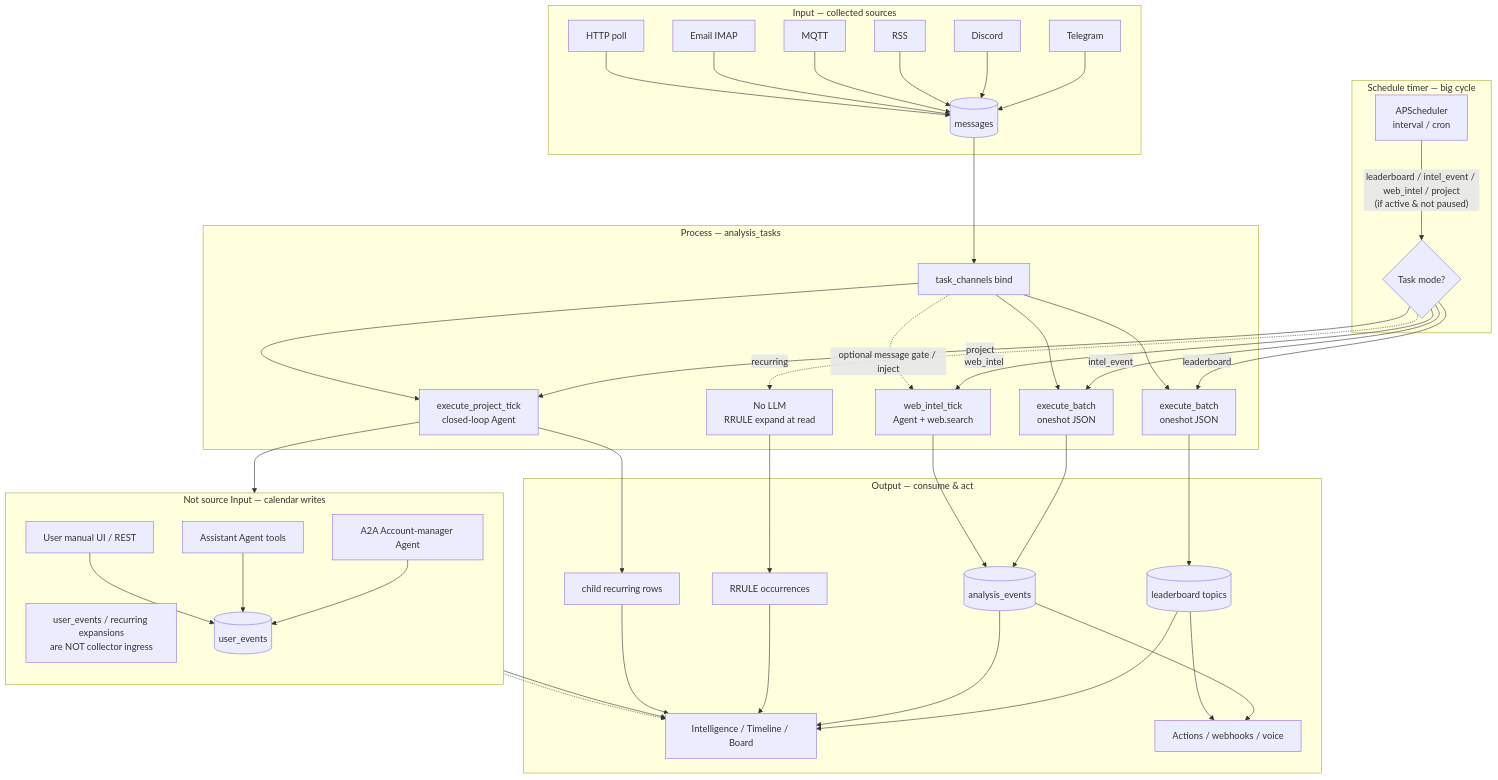
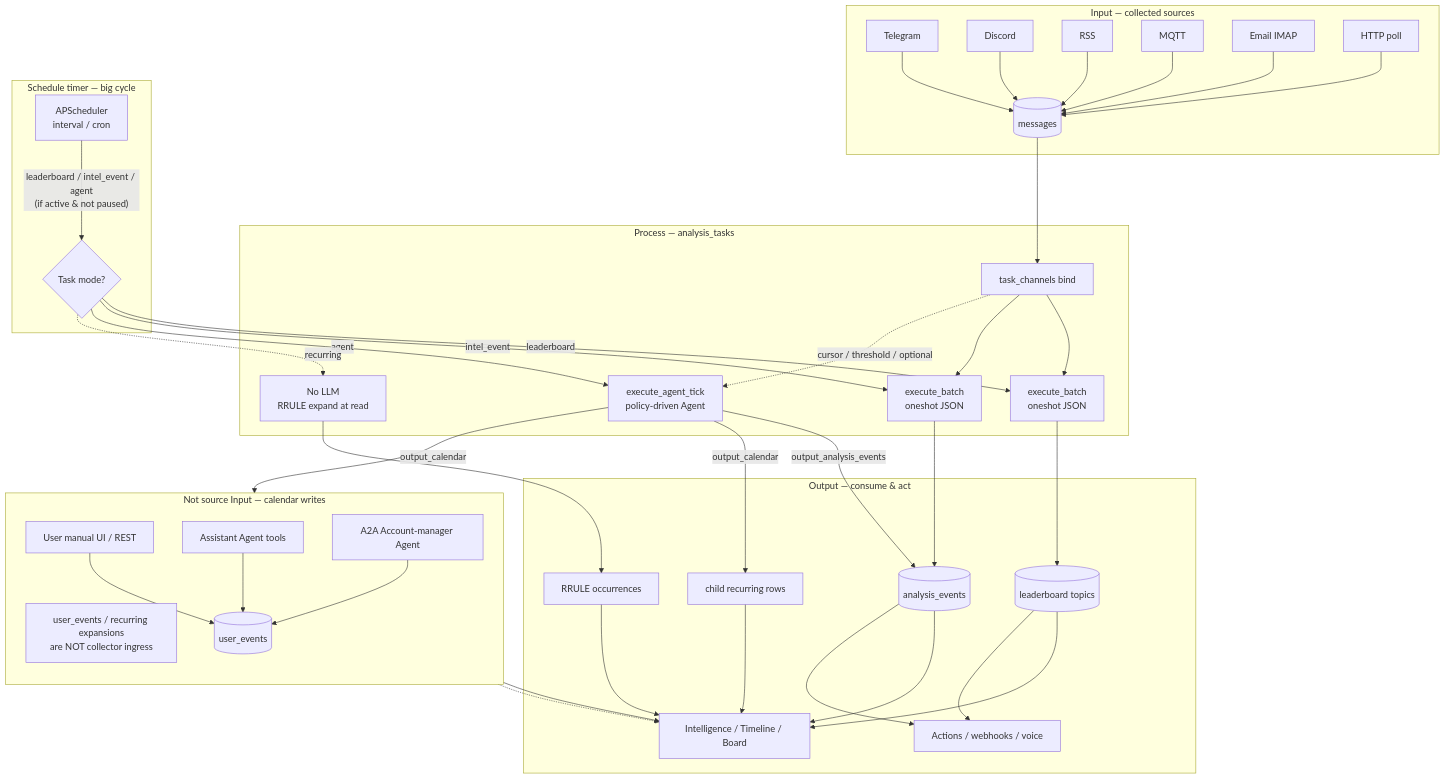
Before and after one commit to Wing9897/im: the first of 4 diagrams in docs/diagrams/README.md, drawn with Mermaid. The commit also changed other lines of this file and 236 other files, not shown here.

````diff
--- a/docs/diagrams/README.md
+++ b/docs/diagrams/README.md
@@ -9,52 +9,51 @@
 ```mermaid
 flowchart TB
   subgraph INPUT["Input — collected sources"]
     TG[Telegram]
     DC[Discord]
     RSS[RSS]
     MQTT[MQTT]
     EM[Email IMAP]
     HTTP[HTTP poll]
     TG & DC & RSS & MQTT & EM & HTTP --> MSG[(messages)]
   end
 
   subgraph SIDE["Not source Input — calendar writes"]
     direction TB
     NOTE["user_events / recurring expansions<br/>are NOT collector ingress"]
     MAN[User manual UI / REST]
     AST[Assistant Agent tools]
     A2A[A2A Account-manager Agent]
     MAN & AST & A2A --> UE[(user_events)]
   end
 
   subgraph TIMER["Schedule timer — big cycle"]
     AP[APScheduler<br/>interval / cron]
-    AP -->|"leaderboard / intel_event / web_intel / project<br/>(if active & not paused)"| DISPATCH
+    AP -->|"leaderboard / intel_event / agent<br/>(if active & not paused)"| DISPATCH
   end
 
   subgraph PROCESS["Process — analysis_tasks"]
     DISPATCH{Task mode?}
     DISPATCH -->|leaderboard| LB[execute_batch<br/>oneshot JSON]
     DISPATCH -->|intel_event| EV[execute_batch<br/>oneshot JSON]
-    DISPATCH -->|web_intel| WI[web_intel_tick<br/>Agent + web.search]
-    DISPATCH -->|project| PM[execute_project_tick<br/>closed-loop Agent]
+    DISPATCH -->|agent| AG[execute_agent_tick<br/>policy-driven Agent]
     DISPATCH -.->|recurring| RC[No LLM<br/>RRULE expand at read]
     MSG --> TC[task_channels bind]
-    TC --> LB & EV & PM
-    TC -.->|"optional message gate / inject"| WI
+    TC --> LB & EV
+    TC -.->|"cursor / threshold / optional"| AG
   end
 
   subgraph OUTPUT["Output — consume & act"]
     LB --> TOP[(leaderboard topics)]
     EV --> AE[(analysis_events)]
-    WI --> AE
-    PM --> UE
-    PM --> CHILD[child recurring rows]
+    AG -->|"output_analysis_events"| AE
+    AG -->|"output_calendar"| UE
+    AG -->|"output_calendar"| CHILD[child recurring rows]
     RC --> OCC[RRULE occurrences]
     TOP & AE --> UI[Intelligence / Timeline / Board]
     UE & OCC & CHILD --> UI
     AE & TOP --> ACT[Actions / webhooks / voice]
   end
 
   SIDE -.-> UI
 ```
````
